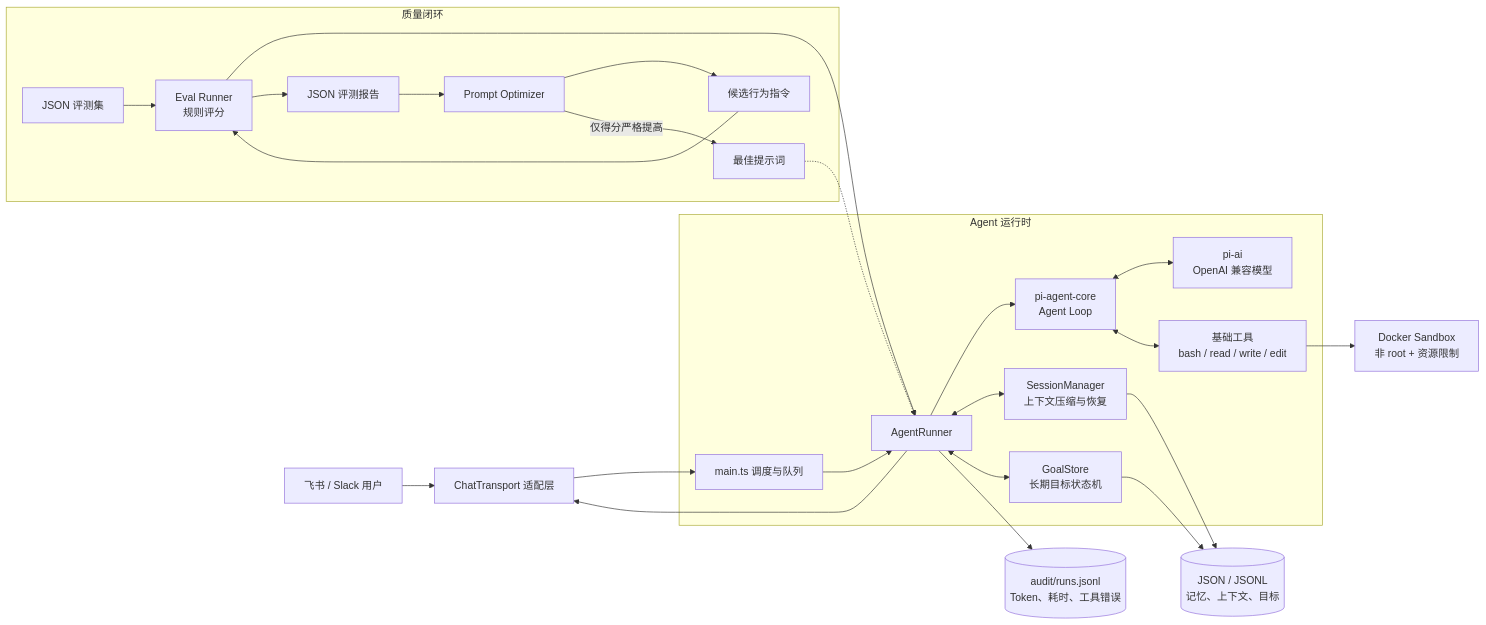
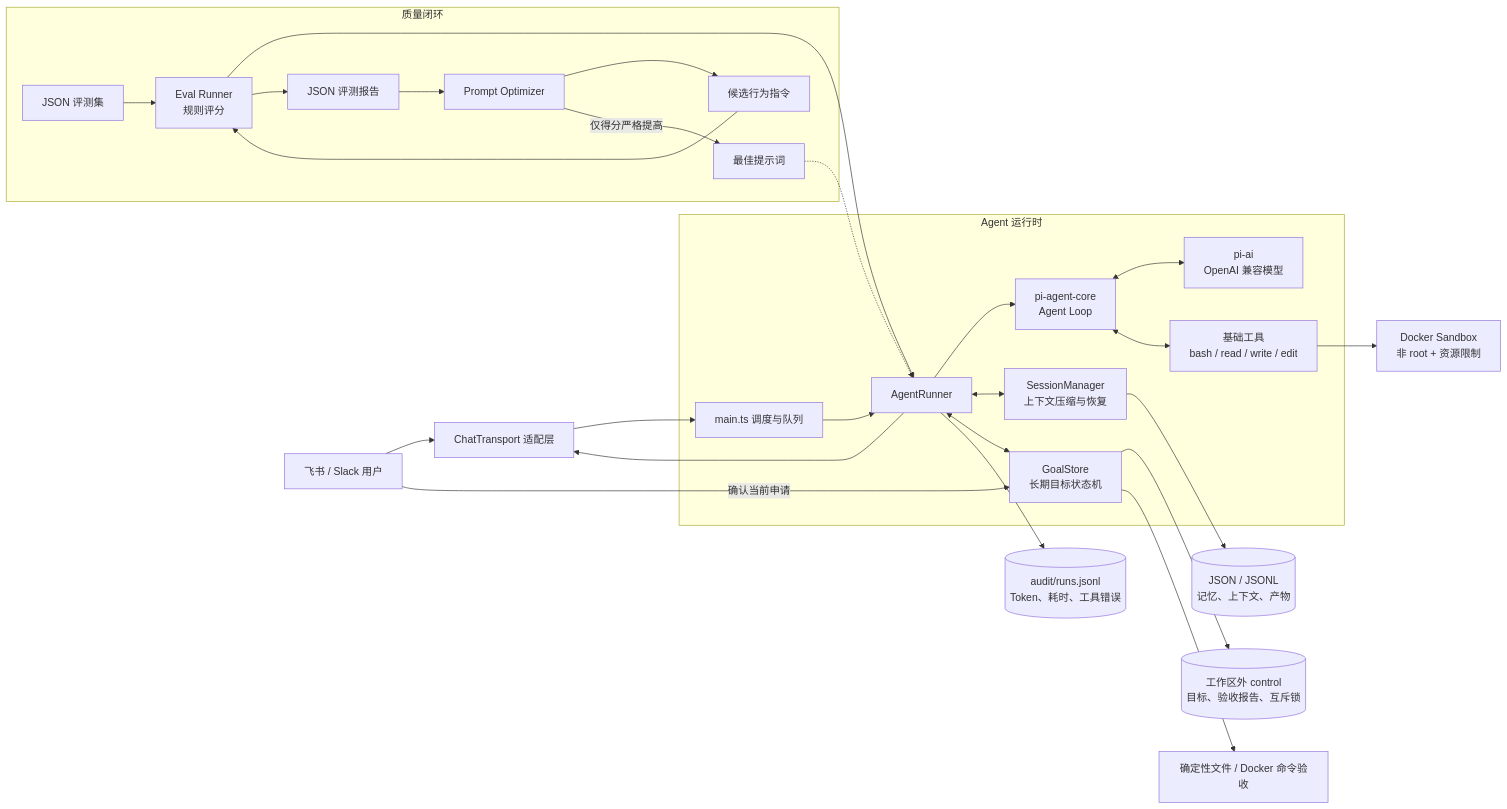
The diagram in packages/lightclaw/docs/architecture.zh-CN.md (Xxly959/Light-Claw), drawn with Mermaid before and after one commit. The commit also changed other lines of this file and 3842 other files, not shown here.

````diff
--- a/packages/lightclaw/docs/architecture.zh-CN.md
+++ b/packages/lightclaw/docs/architecture.zh-CN.md
@@ -5,31 +5,33 @@
 ```mermaid
 flowchart LR
     User[飞书 / Slack 用户] --> Transport[ChatTransport 适配层]
     Transport --> Main[main.ts 调度与队列]
 
     subgraph Runtime[Agent 运行时]
         Main --> Runner[AgentRunner]
         Runner --> Loop[pi-agent-core<br/>Agent Loop]
         Loop <--> Model[pi-ai<br/>OpenAI 兼容模型]
         Loop <--> Tools[基础工具<br/>bash / read / write / edit]
         Runner <--> Session[SessionManager<br/>上下文压缩与恢复]
         Runner <--> Goal[GoalStore<br/>长期目标状态机]
     end
 
     Tools --> Sandbox[Docker Sandbox<br/>非 root + 资源限制]
-    Session --> Data[(JSON / JSONL<br/>记忆、上下文、目标)]
-    Goal --> Data
+    Session --> Data[(JSON / JSONL<br/>记忆、上下文、产物)]
+    Goal --> Control[(工作区外 control<br/>目标、验收报告、互斥锁)]
+    Goal --> Verifier[确定性文件 / Docker 命令验收]
+    User -->|确认当前申请| Goal
     Runner --> Audit[(audit/runs.jsonl<br/>Token、耗时、工具错误)]
     Runner --> Transport
 
     subgraph Quality[质量闭环]
         Dataset[JSON 评测集] --> Eval[Eval Runner<br/>规则评分]
         Eval --> Runner
         Eval --> Report[JSON 评测报告]
         Report --> Optimizer[Prompt Optimizer]
         Optimizer --> Candidates[候选行为指令]
         Candidates --> Eval
         Optimizer -->|仅得分严格提高| Prompt[最佳提示词]
         Prompt -.-> Runner
     end
 ```
````
